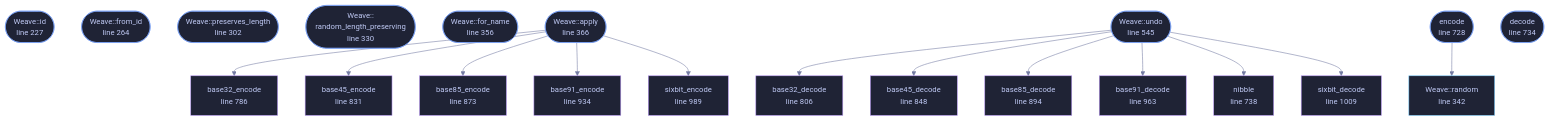
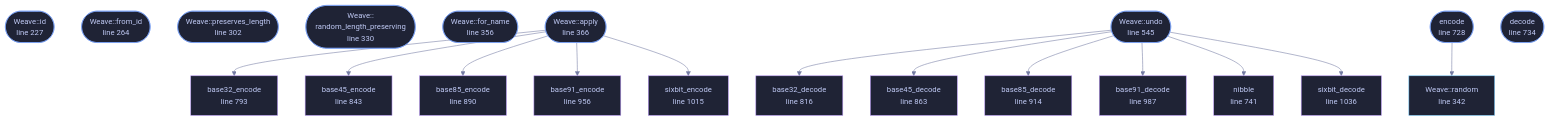
One commit to tilas01/veilvoice changed the diagram in docs/files/veilvoice-crypto/weave.md. Above: the diagram before and after it, drawn with Mermaid. The commit also changed other lines of this file and 528 other files, not shown here.

````diff
--- a/docs/files/veilvoice-crypto/weave.md
+++ b/docs/files/veilvoice-crypto/weave.md
@@ -147,64 +147,64 @@
 ```mermaid
 %%{init: {"theme":"base","themeVariables":{"background":"#1a1b26","primaryColor":"#1f2335","primaryTextColor":"#c0caf5","primaryBorderColor":"#7aa2f7","secondaryColor":"#16161e","tertiaryColor":"#16161e","lineColor":"#737aa2","textColor":"#c0caf5","mainBkg":"#1f2335","nodeBorder":"#7aa2f7","clusterBkg":"#16161e","clusterBorder":"#2f3549","fontFamily":"ui-monospace, SFMono-Regular, Consolas, monospace","fontSize":"14px"}}}%%
 flowchart TD
     n_id(["Weave::id<br/>line 227"])
     n_from_id(["Weave::from_id<br/>line 264"])
     n_preserves_length(["Weave::preserves_length<br/>line 302"])
     n_random_length_preserving(["Weave::<br/>random_length_preserving<br/>line 330"])
     n_random["Weave::random<br/>line 342"]
     n_for_name(["Weave::for_name<br/>line 356"])
     n_apply(["Weave::apply<br/>line 366"])
     n_undo(["Weave::undo<br/>line 545"])
     n_encode(["encode<br/>line 728"])
     n_decode(["decode<br/>line 734"])
-    n_nibble["nibble<br/>line 738"]
-    n_base32_encode["base32_encode<br/>line 786"]
-    n_base32_decode["base32_decode<br/>line 806"]
-    n_base45_encode["base45_encode<br/>line 831"]
-    n_base45_decode["base45_decode<br/>line 848"]
-    n_base85_encode["base85_encode<br/>line 873"]
-    n_base85_decode["base85_decode<br/>line 894"]
-    n_base91_encode["base91_encode<br/>line 934"]
-    n_base91_decode["base91_decode<br/>line 963"]
-    n_sixbit_encode["sixbit_encode<br/>line 989"]
-    n_sixbit_decode["sixbit_decode<br/>line 1009"]
+    n_nibble["nibble<br/>line 741"]
+    n_base32_encode["base32_encode<br/>line 793"]
+    n_base32_decode["base32_decode<br/>line 816"]
+    n_base45_encode["base45_encode<br/>line 843"]
+    n_base45_decode["base45_decode<br/>line 863"]
+    n_base85_encode["base85_encode<br/>line 890"]
+    n_base85_decode["base85_decode<br/>line 914"]
+    n_base91_encode["base91_encode<br/>line 956"]
+    n_base91_decode["base91_decode<br/>line 987"]
+    n_sixbit_encode["sixbit_encode<br/>line 1015"]
+    n_sixbit_decode["sixbit_decode<br/>line 1036"]
     n_apply --> n_base32_encode
     n_apply --> n_base45_encode
     n_apply --> n_base85_encode
     n_apply --> n_base91_encode
     n_apply --> n_sixbit_encode
     n_encode --> n_random
     n_undo --> n_base32_decode
     n_undo --> n_base45_decode
     n_undo --> n_base85_decode
     n_undo --> n_base91_decode
     n_undo --> n_nibble
     n_undo --> n_sixbit_decode
     click n_id href "https://github.com/tilas01/veilvoice/blob/main/crates/veilvoice-crypto/src/weave.rs#L227" "open the source"
     click n_from_id href "https://github.com/tilas01/veilvoice/blob/main/crates/veilvoice-crypto/src/weave.rs#L264" "open the source"
     click n_preserves_length href "https://github.com/tilas01/veilvoice/blob/main/crates/veilvoice-crypto/src/weave.rs#L302" "open the source"
     click n_random_length_preserving href "https://github.com/tilas01/veilvoice/blob/main/crates/veilvoice-crypto/src/weave.rs#L330" "open the source"
     click n_random href "https://github.com/tilas01/veilvoice/blob/main/crates/veilvoice-crypto/src/weave.rs#L342" "open the source"
     click n_for_name href "https://github.com/tilas01/veilvoice/blob/main/crates/veilvoice-crypto/src/weave.rs#L356" "open the source"
     click n_apply href "https://github.com/tilas01/veilvoice/blob/main/crates/veilvoice-crypto/src/weave.rs#L366" "open the source"
     click n_undo href "https://github.com/tilas01/veilvoice/blob/main/crates/veilvoice-crypto/src/weave.rs#L545" "open the source"
     click n_encode href "https://github.com/tilas01/veilvoice/blob/main/crates/veilvoice-crypto/src/weave.rs#L728" "open the source"
     click n_decode href "https://github.com/tilas01/veilvoice/blob/main/crates/veilvoice-crypto/src/weave.rs#L734" "open the source"
-    click n_nibble href "https://github.com/tilas01/veilvoice/blob/main/crates/veilvoice-crypto/src/weave.rs#L738" "open the source"
-    click n_base32_encode href "https://github.com/tilas01/veilvoice/blob/main/crates/veilvoice-crypto/src/weave.rs#L786" "open the source"
-    click n_base32_decode href "https://github.com/tilas01/veilvoice/blob/main/crates/veilvoice-crypto/src/weave.rs#L806" "open the source"
-    click n_base45_encode href "https://github.com/tilas01/veilvoice/blob/main/crates/veilvoice-crypto/src/weave.rs#L831" "open the source"
-    click n_base45_decode href "https://github.com/tilas01/veilvoice/blob/main/crates/veilvoice-crypto/src/weave.rs#L848" "open the source"
-    click n_base85_encode href "https://github.com/tilas01/veilvoice/blob/main/crates/veilvoice-crypto/src/weave.rs#L873" "open the source"
-    click n_base85_decode href "https://github.com/tilas01/veilvoice/blob/main/crates/veilvoice-crypto/src/weave.rs#L894" "open the source"
-    click n_base91_encode href "https://github.com/tilas01/veilvoice/blob/main/crates/veilvoice-crypto/src/weave.rs#L934" "open the source"
-    click n_base91_decode href "https://github.com/tilas01/veilvoice/blob/main/crates/veilvoice-crypto/src/weave.rs#L963" "open the source"
-    click n_sixbit_encode href "https://github.com/tilas01/veilvoice/blob/main/crates/veilvoice-crypto/src/weave.rs#L989" "open the source"
-    click n_sixbit_decode href "https://github.com/tilas01/veilvoice/blob/main/crates/veilvoice-crypto/src/weave.rs#L1009" "open the source"
+    click n_nibble href "https://github.com/tilas01/veilvoice/blob/main/crates/veilvoice-crypto/src/weave.rs#L741" "open the source"
+    click n_base32_encode href "https://github.com/tilas01/veilvoice/blob/main/crates/veilvoice-crypto/src/weave.rs#L793" "open the source"
+    click n_base32_decode href "https://github.com/tilas01/veilvoice/blob/main/crates/veilvoice-crypto/src/weave.rs#L816" "open the source"
+    click n_base45_encode href "https://github.com/tilas01/veilvoice/blob/main/crates/veilvoice-crypto/src/weave.rs#L843" "open the source"
+    click n_base45_decode href "https://github.com/tilas01/veilvoice/blob/main/crates/veilvoice-crypto/src/weave.rs#L863" "open the source"
+    click n_base85_encode href "https://github.com/tilas01/veilvoice/blob/main/crates/veilvoice-crypto/src/weave.rs#L890" "open the source"
+    click n_base85_decode href "https://github.com/tilas01/veilvoice/blob/main/crates/veilvoice-crypto/src/weave.rs#L914" "open the source"
+    click n_base91_encode href "https://github.com/tilas01/veilvoice/blob/main/crates/veilvoice-crypto/src/weave.rs#L956" "open the source"
+    click n_base91_decode href "https://github.com/tilas01/veilvoice/blob/main/crates/veilvoice-crypto/src/weave.rs#L987" "open the source"
+    click n_sixbit_encode href "https://github.com/tilas01/veilvoice/blob/main/crates/veilvoice-crypto/src/weave.rs#L1015" "open the source"
+    click n_sixbit_decode href "https://github.com/tilas01/veilvoice/blob/main/crates/veilvoice-crypto/src/weave.rs#L1036" "open the source"
     classDef entry fill:#1f2335,stroke:#7aa2f7,color:#c0caf5
     class n_id,n_from_id,n_preserves_length,n_random_length_preserving,n_for_name,n_apply,n_undo,n_encode,n_decode entry
     classDef api fill:#1f2335,stroke:#7dcfff,color:#c0caf5
     class n_random api
     classDef helper fill:#1f2335,stroke:#bb9af7,color:#c0caf5
     class n_nibble,n_base32_encode,n_base32_decode,n_base45_encode,n_base45_decode,n_base85_encode,n_base85_decode,n_base91_encode,n_base91_decode,n_sixbit_encode,n_sixbit_decode helper
 ```
````
